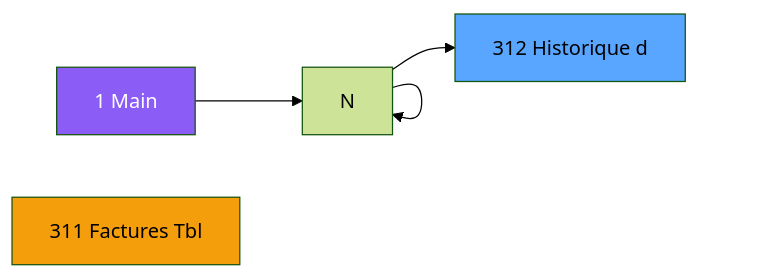
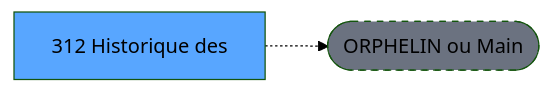
The second of 3 diagrams in .openspec/specs/ADH-IDE-312.md (thonyAGP/lecteur-magic), drawn with Mermaid (forest theme) before and after one commit. The commit also changed other lines of this file and 701 other files, not shown here.

````diff
--- a/.openspec/specs/ADH-IDE-312.md
+++ b/.openspec/specs/ADH-IDE-312.md
@@ -148,13 +137,8 @@
 ```mermaid
 graph LR
-    M[1 Main]
-    N311[311 Factures Tbl]
-    T[312 Historique d]
-    M --> N
-    N --> N
-    N --> N
-    N --> T
-    style M fill:#8b5cf6,color:#fff
-    style N311 fill:#f59e0b
+    T[312 Historique des ]
+    ORPHAN([ORPHELIN ou Main])
+    T -.-> ORPHAN
     style T fill:#58a6ff,color:#000
+    style ORPHAN fill:#6b7280,stroke-dasharray: 5 5
 ```
````
